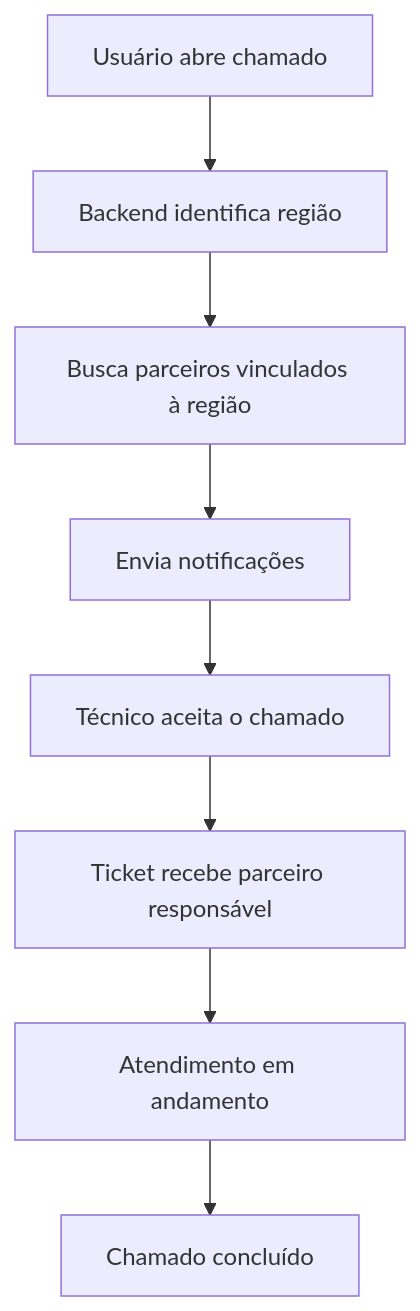
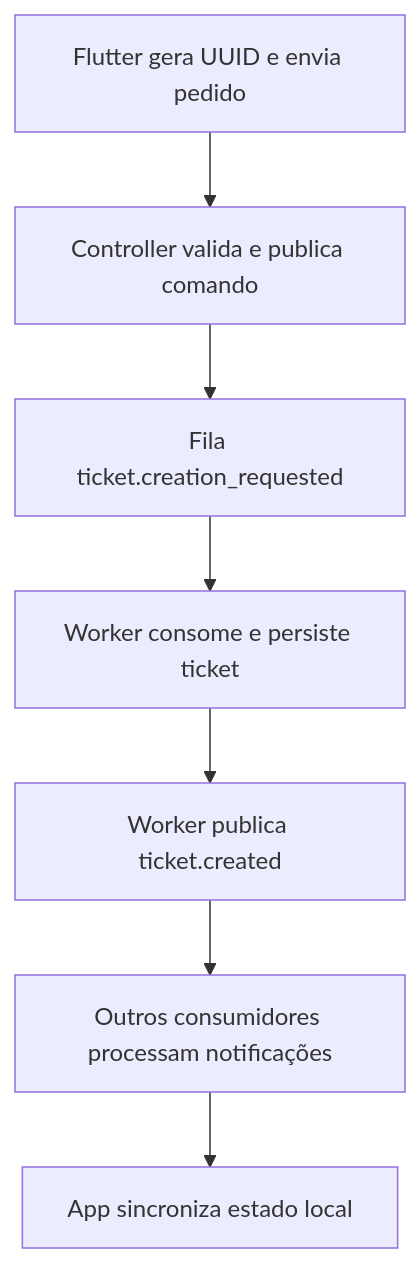
The second of 3 diagrams in Backend/docs/diagrams.md (FelipeVieir4/Projeto_LAMD_2026_1), drawn with Mermaid before and after one commit. The commit also changed other lines of this file and 8 other files, not shown here.

````diff
--- a/Backend/docs/diagrams.md
+++ b/Backend/docs/diagrams.md
@@ -35,10 +37,9 @@
 ```mermaid
 flowchart TD
-  A[Usuário abre chamado] --> B[Backend identifica região]
-  B --> C[Busca parceiros vinculados à região]
-  C --> D[Envia notificações]
-  D --> E[Técnico aceita o chamado]
-  E --> F[Ticket recebe parceiro responsável]
-  F --> G[Atendimento em andamento]
-  G --> H[Chamado concluído]
+  A[Flutter gera UUID e envia pedido] --> B[Controller valida e publica comando]
+  B --> C[Fila ticket.creation_requested]
+  C --> D[Worker consome e persiste ticket]
+  D --> E[Worker publica ticket.created]
+  E --> F[Outros consumidores processam notificações]
+  F --> G[App sincroniza estado local]
 ```
````
